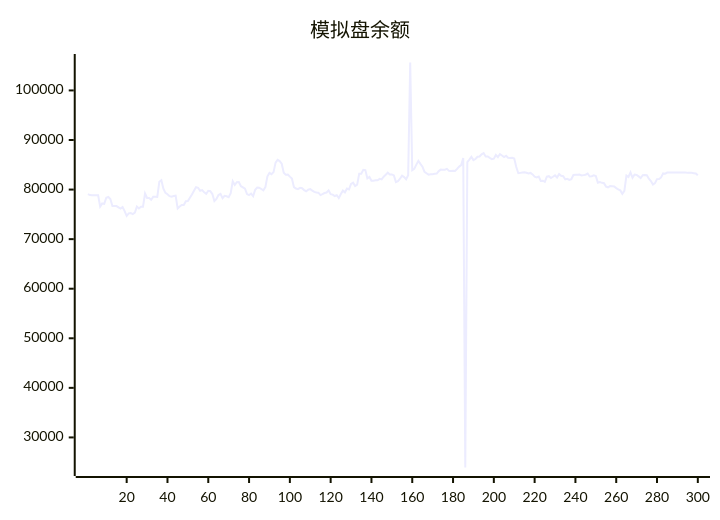
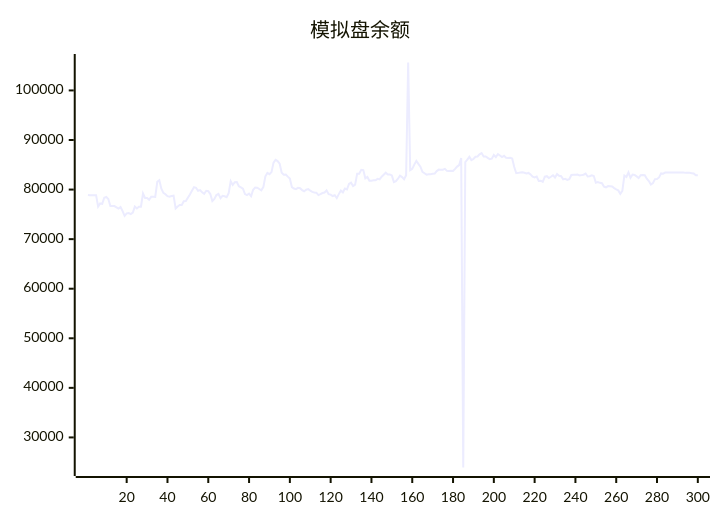
Before and after one commit to aahl/ai-trading: the diagram in README.md, drawn with Mermaid. The commit also changed other lines of this file and 1 other file, not shown here.

````diff
--- a/README.md
+++ b/README.md
@@ -5,5 +5,5 @@
 ```mermaid
 xychart
     title "模拟盘余额"
-    line [79071,78889,78850,78850,78878,78878,76554,77202,77103,78357,78510,78106,76678,76677,76672,76411,76159,76485,75656,74695,75197,75246,75052,75334,76564,76179,76553,76551,79196,78300,78300,77944,78531,78531,78521,81564,81884,80160,79335,79055,78675,78580,78708,78764,76179,76586,76902,76876,77658,77669,78346,79023,79769,80497,80366,79761,79896,79448,79126,79749,79658,79097,77695,78114,78888,79126,78249,78738,78653,78478,79271,81680,80923,81488,81527,80681,80455,80190,79084,78879,79193,78686,79954,80403,80374,80118,79848,80491,82665,83351,83098,83525,85430,85983,85737,85221,83378,83014,83043,82613,82216,80477,80208,80081,80348,80277,79894,79670,79965,80093,79786,79542,79406,79371,78893,79087,79304,79406,79841,79072,78978,78696,78846,78272,79085,79787,79442,80198,80031,81120,81379,80718,80985,83214,83212,83993,83921,82270,82547,81776,81776,81866,81866,82158,82061,82596,83000,83408,83041,83050,82858,81503,81691,82188,82812,82517,82092,82901,105633,83898,84180,85030,85781,85178,84604,83569,83298,83008,83093,83107,83175,83228,83729,84025,84017,84019,84177,83775,83762,83785,83738,84160,84639,84939,86370,23934,85548,86046,86599,85942,86161,86622,86664,87115,87369,86666,86685,86384,86152,86243,86969,86548,87164,86885,86566,86809,86427,86348,86417,86273,84538,83299,83369,83430,83490,83404,83270,83362,83056,82605,82459,82614,81734,81788,81551,82598,82702,82320,82580,82878,82426,83139,82778,82686,82056,82166,81963,82110,82951,82983,82984,83038,82838,82915,82998,83235,82642,82682,82858,82746,81396,81512,81362,81277,80600,80461,80699,80673,80616,80288,80038,79836,79142,79722,82837,82533,83480,82366,83032,82960,82654,82330,82883,82934,82901,82188,81728,81005,81298,82110,82135,82449,83264,83203,83440,83439,83440,83440,83446,83447,83448,83447,83448,83449,83369,83369,83369,83313,83256,82872]
+    line [78889,78850,78850,78878,78878,76554,77202,77103,78357,78510,78106,76678,76677,76672,76411,76159,76485,75656,74695,75197,75246,75052,75334,76564,76179,76553,76551,79196,78300,78300,77944,78531,78531,78521,81564,81884,80160,79335,79055,78675,78580,78708,78764,76179,76586,76902,76876,77658,77669,78346,79023,79769,80497,80366,79761,79896,79448,79126,79749,79658,79097,77695,78114,78888,79126,78249,78738,78653,78478,79271,81680,80923,81488,81527,80681,80455,80190,79084,78879,79193,78686,79954,80403,80374,80118,79848,80491,82665,83351,83098,83525,85430,85983,85737,85221,83378,83014,83043,82613,82216,80477,80208,80081,80348,80277,79894,79670,79965,80093,79786,79542,79406,79371,78893,79087,79304,79406,79841,79072,78978,78696,78846,78272,79085,79787,79442,80198,80031,81120,81379,80718,80985,83214,83212,83993,83921,82270,82547,81776,81776,81866,81866,82158,82061,82596,83000,83408,83041,83050,82858,81503,81691,82188,82812,82517,82092,82901,105633,83898,84180,85030,85781,85178,84604,83569,83298,83008,83093,83107,83175,83228,83729,84025,84017,84019,84177,83775,83762,83785,83738,84160,84639,84939,86370,23934,85548,86046,86599,85942,86161,86622,86664,87115,87369,86666,86685,86384,86152,86243,86969,86548,87164,86885,86566,86809,86427,86348,86417,86273,84538,83299,83369,83430,83490,83404,83270,83362,83056,82605,82459,82614,81734,81788,81551,82598,82702,82320,82580,82878,82426,83139,82778,82686,82056,82166,81963,82110,82951,82983,82984,83038,82838,82915,82998,83235,82642,82682,82858,82746,81396,81512,81362,81277,80600,80461,80699,80673,80616,80288,80038,79836,79142,79722,82837,82533,83480,82366,83032,82960,82654,82330,82883,82934,82901,82188,81728,81005,81298,82110,82135,82449,83264,83203,83440,83439,83440,83440,83446,83447,83448,83447,83448,83449,83369,83369,83369,83313,83256,82872,82873]
 ```
````
